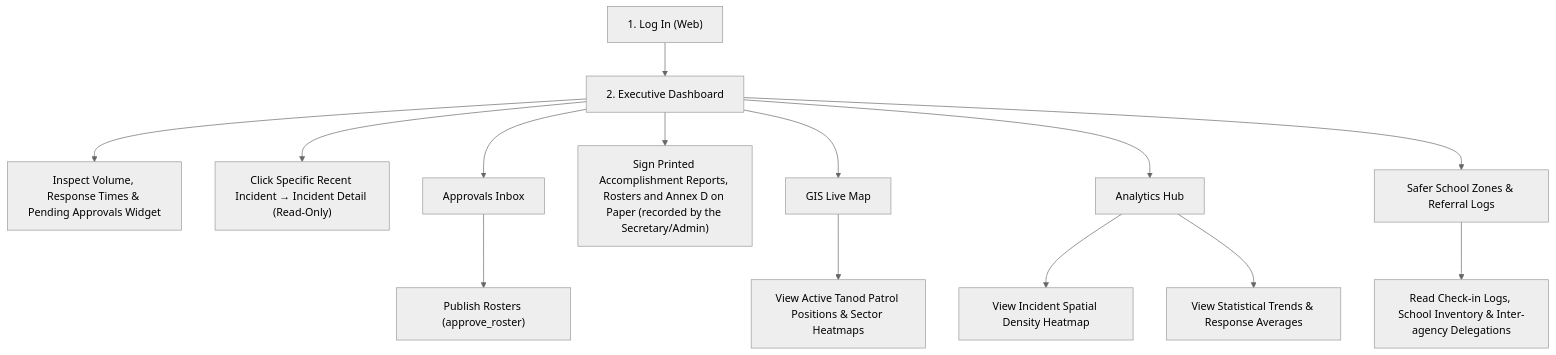
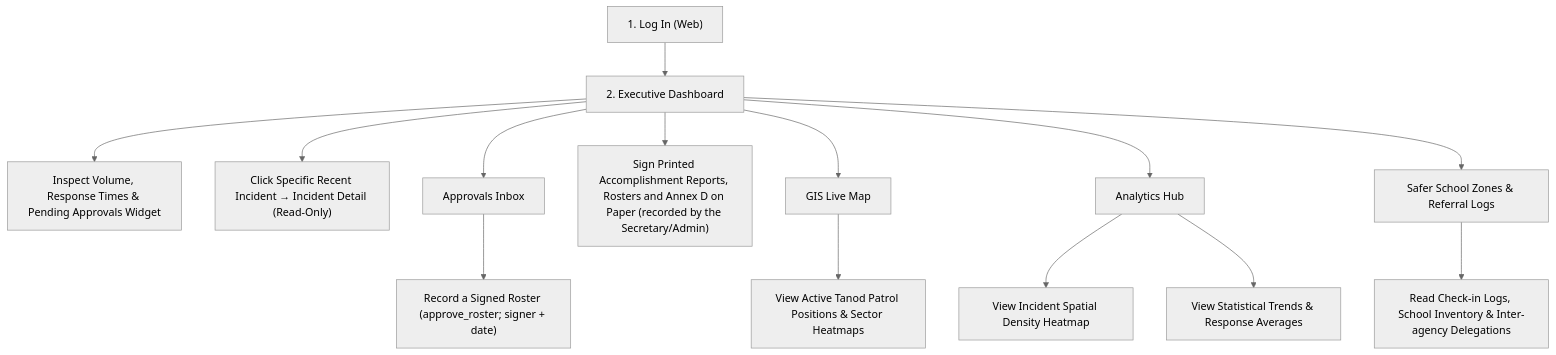
Before and after one commit to jpbuenosaires/Baranguard: the third of 13 diagrams in docs/WORKFLOWS_AND_RULES.md, drawn with Mermaid (neutral theme). The commit also changed other lines of this file and 3 other files, not shown here.

````diff
--- a/docs/WORKFLOWS_AND_RULES.md
+++ b/docs/WORKFLOWS_AND_RULES.md
@@ -143,21 +141,21 @@
 ```mermaid
 flowchart TD
     Login["1. Log In (Web)"] --> Dash["2. Executive Dashboard"]
     
     Dash --> ViewKPI["Inspect Volume, Response Times & Pending Approvals Widget"]
     Dash --> ClickInc["Click Specific Recent Incident → Incident Detail (Read-Only)"]
     
     Dash --> ApprInbox["Approvals Inbox"]
-    ApprInbox --> PubRoster["Publish Rosters (approve_roster)"]
+    ApprInbox --> PubRoster["Record a Signed Roster (approve_roster; signer + date)"]
     Dash --> SignPaper["Sign Printed Accomplishment Reports, Rosters and Annex D on Paper (recorded by the Secretary/Admin)"]
 
     Dash --> GIS["GIS Live Map"]
     GIS --> MonitorPatrols["View Active Tanod Patrol Positions & Sector Heatmaps"]
 
     Dash --> Analytics["Analytics Hub"]
     Analytics --> Heatmap["View Incident Spatial Density Heatmap"]
     Analytics --> Stats["View Statistical Trends & Response Averages"]
 
     Dash --> SchoolLog["Safer School Zones & Referral Logs"]
     SchoolLog --> ReviewLogs["Read Check-in Logs, School Inventory & Inter-agency Delegations"]
 ```
````
